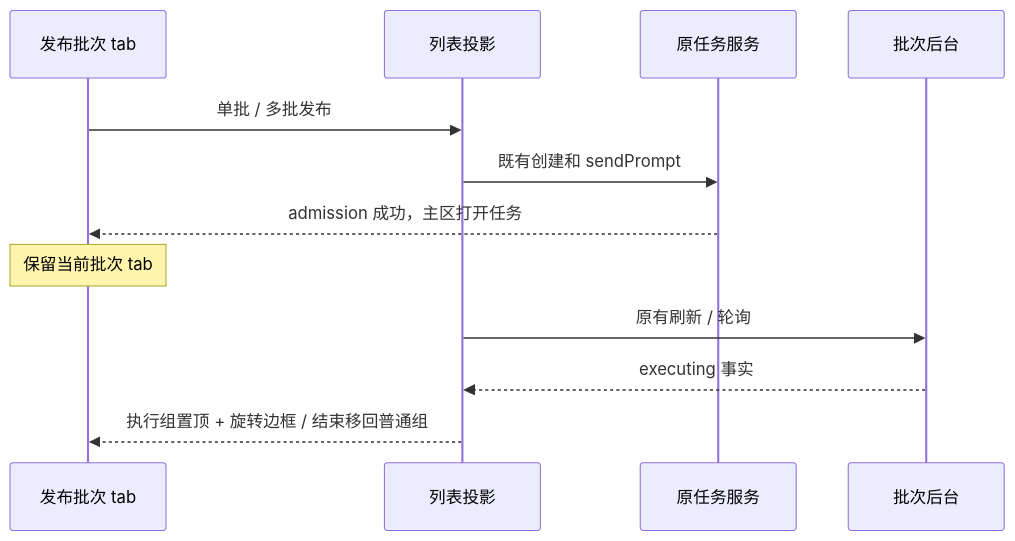
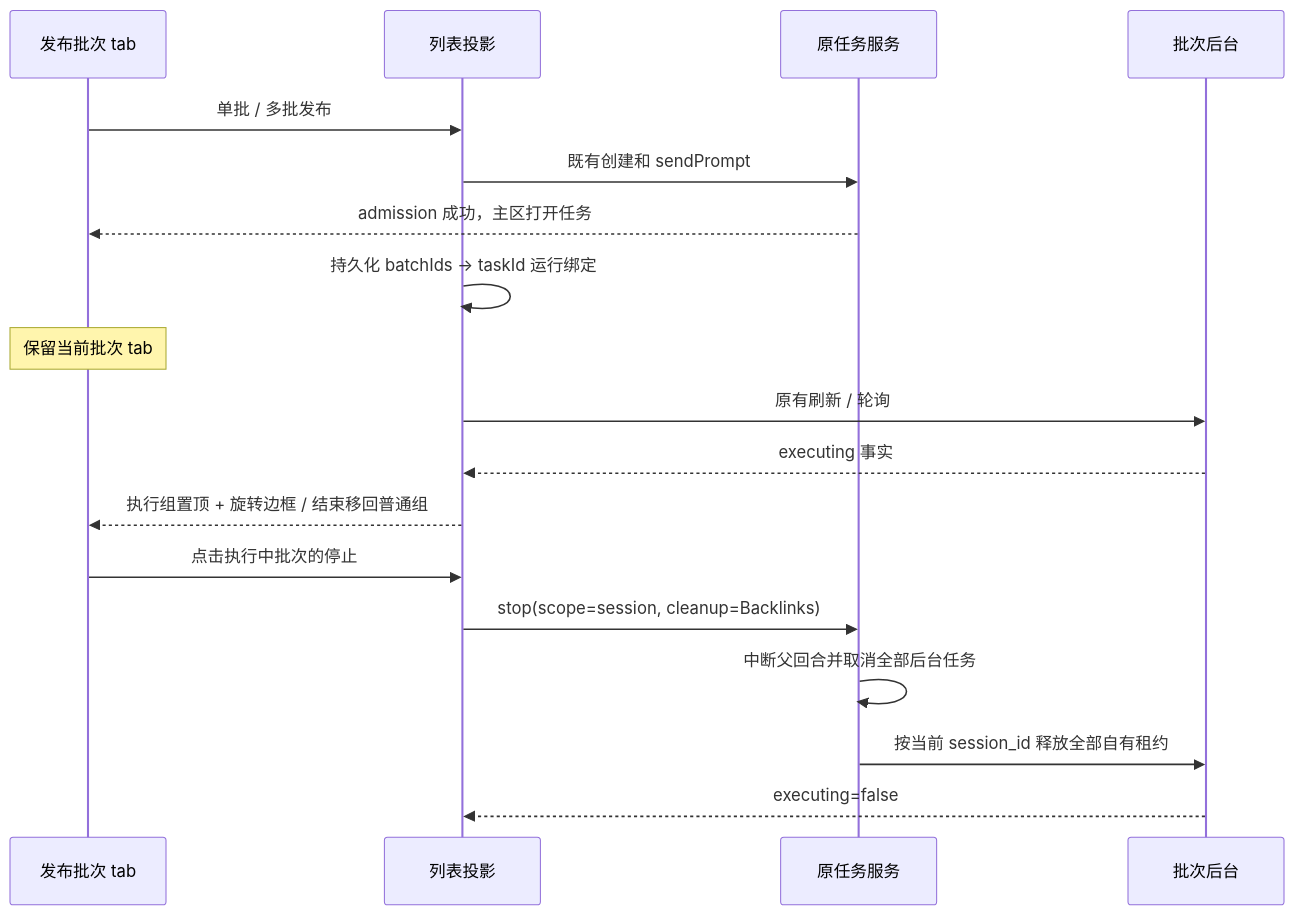
The diagram in harness/linkagent/BATCH-RUNNING-SPEC.md (javawl/ZCode-Link), drawn with Mermaid before and after one commit. The commit also changed other lines of this file and 92 other files, not shown here.

````diff
--- a/harness/linkagent/BATCH-RUNNING-SPEC.md
+++ b/harness/linkagent/BATCH-RUNNING-SPEC.md
@@ -9,14 +13,20 @@
 ```mermaid
 sequenceDiagram
   participant User as 发布批次 tab
   participant Store as 列表投影
   participant Task as 原任务服务
   participant API as 批次后台
   User->>Store: 单批 / 多批发布
   Store->>Task: 既有创建和 sendPrompt
   Task-->>User: admission 成功，主区打开任务
+  Store->>Store: 持久化 batchIds → taskId 运行绑定
   Note over User: 保留当前批次 tab
   Store->>API: 原有刷新 / 轮询
   API-->>Store: executing 事实
   Store-->>User: 执行组置顶 + 旋转边框 / 结束移回普通组
+  User->>Store: 点击执行中批次的停止
+  Store->>Task: stop(scope=session, cleanup=Backlinks)
+  Task->>Task: 中断父回合并取消全部后台任务
+  Task->>API: 按当前 session_id 释放全部自有租约
+  API-->>Store: executing=false
 ```
````
